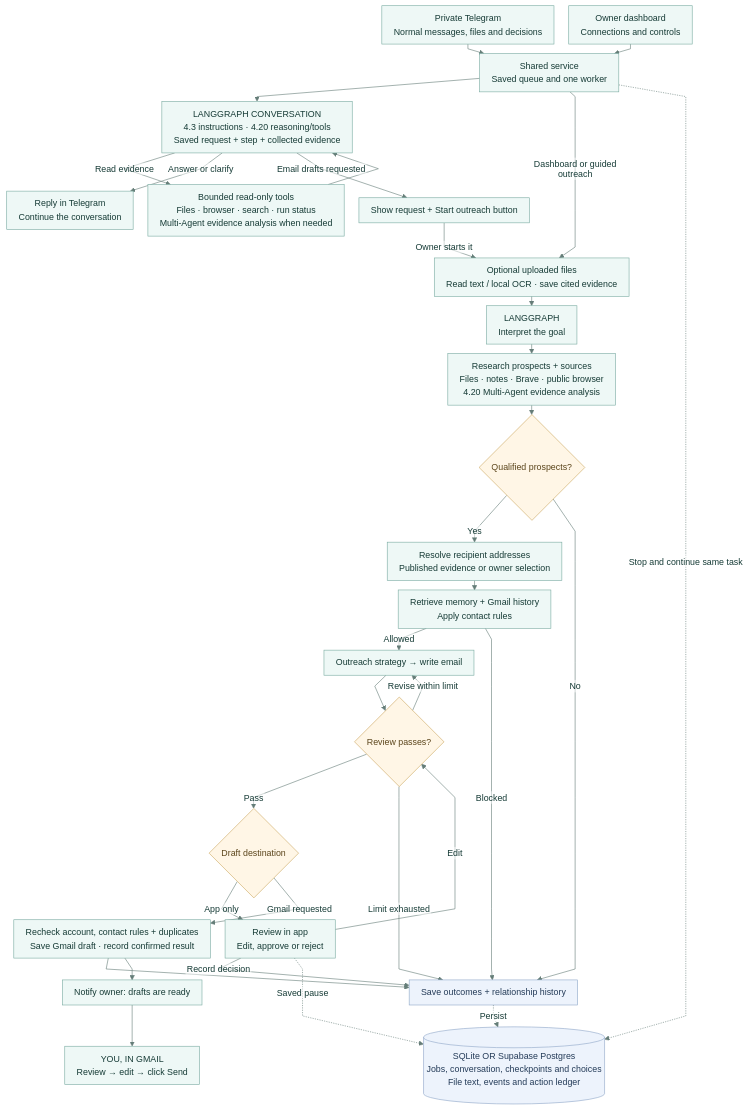
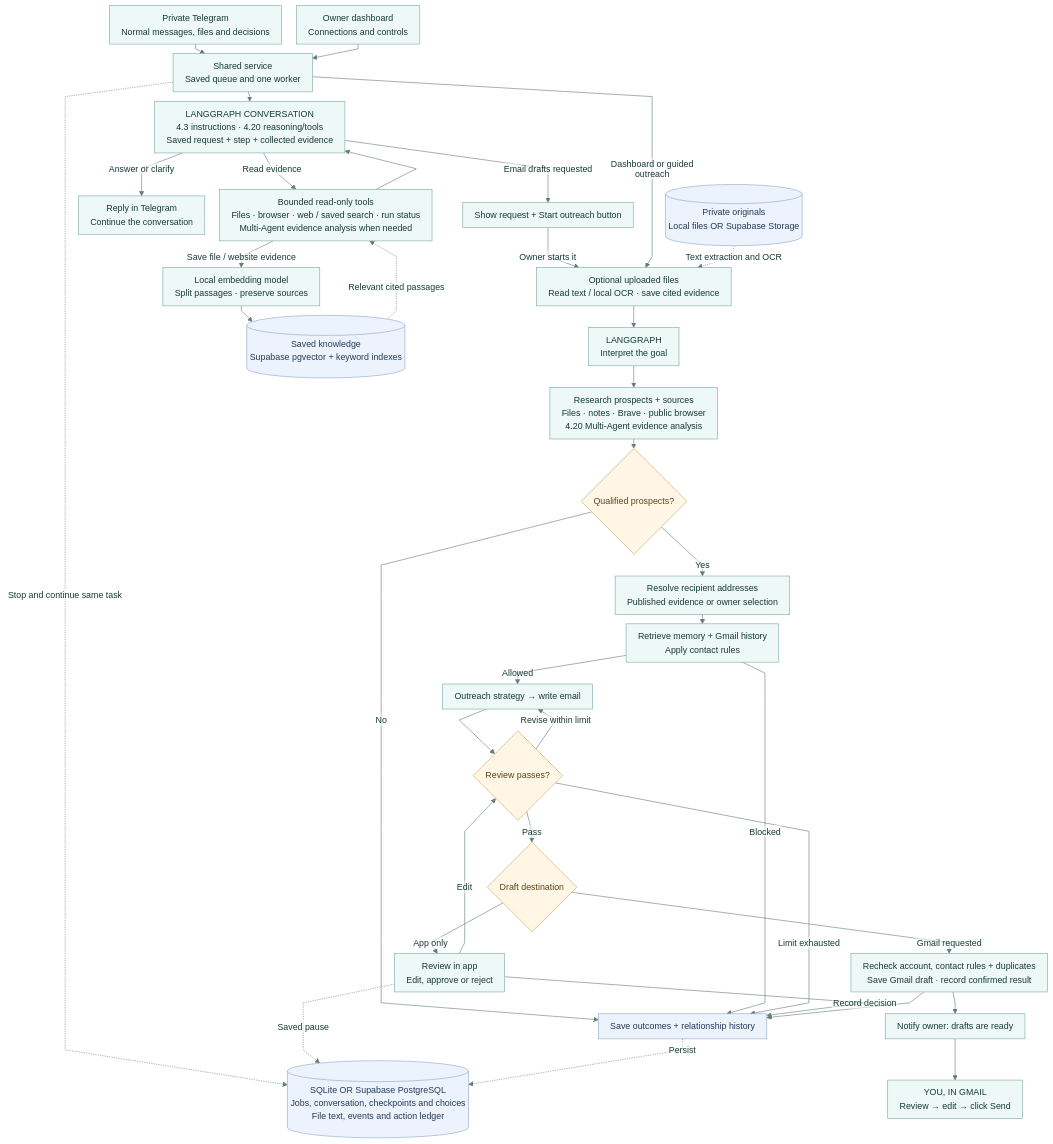
The diagram in docs/assets/workflow.mmd (rutujashingate/outreach-agent), drawn with Mermaid before and after one commit. The commit also changed 38 other files, not shown here.

Commit message:
Add private Supabase files and semantic knowledge search

```diff
--- a/docs/assets/workflow.mmd
+++ b/docs/assets/workflow.mmd
@@ -1,59 +1,64 @@
 ---
 config:
   theme: base
   fontFamily: Arial
   themeCSS: 'text, tspan { font-family: Arial, Helvetica, sans-serif !important; }'
   themeVariables:
     fontSize: 15px
     primaryColor: '#eef8f6'
     primaryBorderColor: '#78aaa0'
     primaryTextColor: '#163b36'
     lineColor: '#657d78'
     edgeLabelBackground: '#ffffff'
   flowchart:
     htmlLabels: false
     curve: linear
     nodeSpacing: 25
     rankSpacing: 16
     padding: 10
     wrappingWidth: 380
 ---
 flowchart TD
     accTitle: Requested outreach drafts with manual Gmail sending
     accDescr: Telegram messages enter a saved queue. LangGraph answers questions and uses reading tools. Only an explicit email request and the owner's Start outreach action enter drafting. The workflow researches, qualifies, resolves recipients, checks contacts, writes and reviews drafts. Requested Gmail drafts are saved once and announced. The owner reviews, edits and sends in Gmail, outside the agent. App-only drafts retain review controls. SQLite or one Supabase PostgreSQL database holds saved state.
     telegram["Private Telegram<br/>Normal messages, files and decisions"] --> service["Shared service<br/>Saved queue and one worker"]
     dashboard["Owner dashboard<br/>Connections and controls"] --> service
     service --> chat["LANGGRAPH CONVERSATION<br/>4.3 instructions · 4.20 reasoning/tools<br/>Saved request + step + collected evidence"]
-    chat -->|Read evidence| tools["Bounded read-only tools<br/>Files · browser · search · run status<br/>Multi-Agent evidence analysis when needed"]
+    chat -->|Read evidence| tools["Bounded read-only tools<br/>Files · browser · web / saved search · run status<br/>Multi-Agent evidence analysis when needed"]
     tools --> chat
     chat -->|Answer or clarify| answer["Reply in Telegram<br/>Continue the conversation"]
     chat -->|Email drafts requested| proposal["Show request + Start outreach button"]
     proposal -->|Owner starts it| files["Optional uploaded files<br/>Read text / local OCR · save cited evidence"]
     service -->|Dashboard or guided outreach| files
     files --> goal["LANGGRAPH<br/>Interpret the goal"]
     goal --> research["Research prospects + sources<br/>Files · notes · Brave · public browser<br/>4.20 Multi-Agent evidence analysis"]
     research --> qualification{"Qualified prospects?"}
     qualification -->|Yes| recipients["Resolve recipient addresses<br/>Published evidence or owner selection"]
     qualification -->|No| outcome["Save outcomes + relationship history"]
     recipients --> memory["Retrieve memory + Gmail history<br/>Apply contact rules"]
     memory -->|Allowed| strategy["Outreach strategy → write email"]
     memory -->|Blocked| outcome
     strategy --> review{"Review passes?"}
     review -->|Pass| destination{"Draft destination"}
     review -->|Revise within limit| strategy
     review -->|Limit exhausted| outcome
     destination -->|App only| approval["Review in app<br/>Edit, approve or reject"]
     approval -->|Edit| review
     approval -->|Record decision| outcome
     destination -->|Gmail requested| action["Recheck account, contact rules + duplicates<br/>Save Gmail draft · record confirmed result"]
     action --> outcome
     action --> notify["Notify owner: drafts are ready"]
     notify --> manual["YOU, IN GMAIL<br/>Review → edit → click Send"]
-    store[("SQLite OR Supabase Postgres<br/>Jobs, conversation, checkpoints and choices<br/>File text, events and action ledger")]
+    store[("SQLite OR Supabase PostgreSQL<br/>Jobs, conversation, checkpoints and choices<br/>File text, events and action ledger")]
+    tools -->|Save file / website evidence| index["Local embedding model<br/>Split passages · preserve sources"]
+    index --> knowledge[("Saved knowledge<br/>Supabase pgvector + keyword indexes")]
+    knowledge -. Relevant cited passages .-> tools
+    originals[("Private originals<br/>Local files OR Supabase Storage")]
+    originals -. Text extraction and OCR .-> files
     service -. Stop and continue same task .-> store
     approval -. Saved pause .-> store
     outcome -. Persist .-> store
     classDef decision fill:#fff6e6,stroke:#caa65d,color:#5b451b;
     classDef storage fill:#edf3fc,stroke:#8da6c7,color:#243b58;
     class qualification,review,destination decision;
-    class store,outcome storage;
+    class store,outcome,knowledge,originals storage;
```
